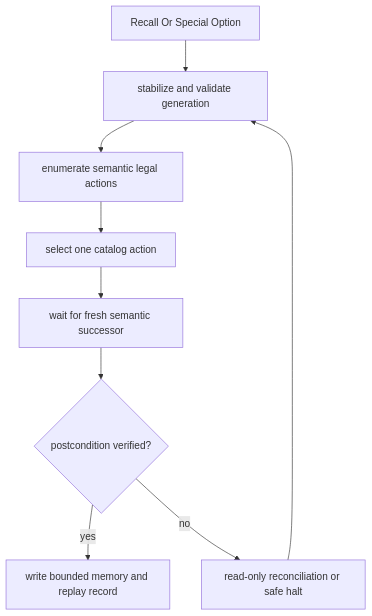
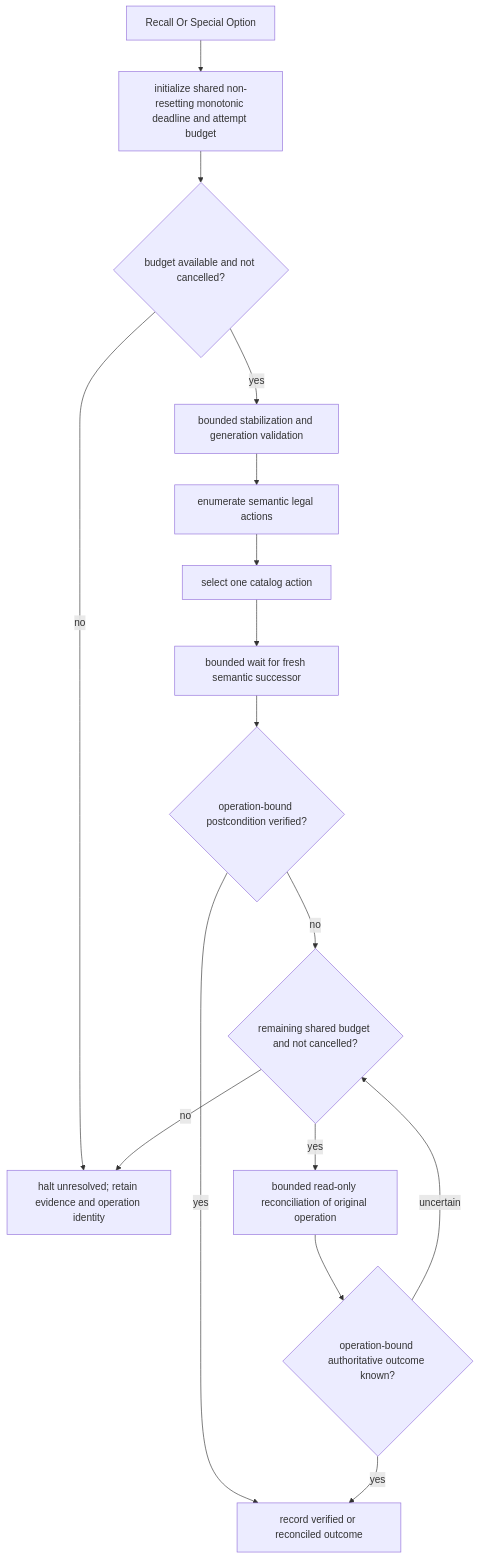
Before and after one commit to AI-Ascension/sts2-harness: the diagram in docs/research/sts2-expert-state-package/diagrams/states/recall_or_special_option.mmd, drawn with Mermaid. The commit also changed 135 other files, not shown here.

Commit message:
fix(research): bound generated recovery and halt unresolved outcomes

```diff
--- a/docs/research/sts2-expert-state-package/diagrams/states/recall_or_special_option.mmd
+++ b/docs/research/sts2-expert-state-package/diagrams/states/recall_or_special_option.mmd
@@ -1,11 +1,19 @@
 %% Generated by sts2-expert-state-package-generator/1; requirements baseline only.
 flowchart TD
-    E["Recall Or Special Option"] --> B["stabilize and validate generation"]
+    E["Recall Or Special Option"] --> I["initialize shared non-resetting monotonic deadline and attempt budget"]
+    I --> Q{"budget available and not cancelled?"}
+    Q -->|no| H["halt unresolved; retain evidence and operation identity"]
+    Q -->|yes| B["bounded stabilization and generation validation"]
     B --> L["enumerate semantic legal actions"]
     L --> X["select one catalog action"]
-    X --> W["wait for fresh semantic successor"]
-    W --> V{"postcondition verified?"}
-    V -->|yes| M["write bounded memory and replay record"]
-    V -->|no| R["read-only reconciliation or safe halt"]
-    R --> B
+    X --> W["bounded wait for fresh semantic successor"]
+    W --> V{"operation-bound postcondition verified?"}
+    V -->|yes| M["record verified or reconciled outcome"]
+    V -->|no| C{"remaining shared budget and not cancelled?"}
+    C -->|no| H
+    C -->|yes| R["bounded read-only reconciliation of original operation"]
+    R --> K{"operation-bound authoritative outcome known?"}
+    K -->|yes| M
+    K -->|uncertain| C
+    %% No recovery edge returns to action selection; halt has no outgoing edge.
     %% Stable node key: recall_or_special_option
```
